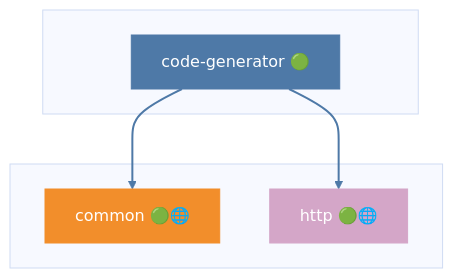
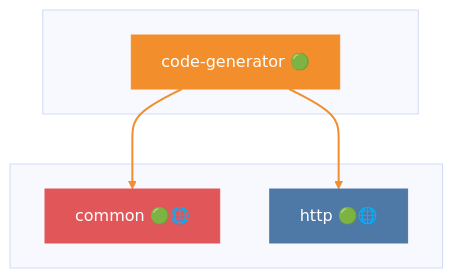
Before and after one commit to grest-ts/grest-ts: the third of 42 diagrams in docs/DEPENDENCIES.md, drawn with Mermaid (base theme). The commit also changed other lines of this file and 11 other files, not shown here.

````diff
--- a/docs/DEPENDENCIES.md
+++ b/docs/DEPENDENCIES.md
@@ -359,17 +413,17 @@
 ```mermaid
 flowchart TB
     subgraph Package[" "]
         code-generator["code-generator 🟢"]
     end
     subgraph Dependencies[" "]
         common["common 🟢🌐"]
         http["http 🟢🌐"]
     end
     code-generator --> common
     code-generator --> http
-    style code-generator fill:#4E79A7,stroke:#4E79A7,color:#fff
-    style common fill:#F28E2B,stroke:#F28E2B,color:#fff
-    style http fill:#D4A6C8,stroke:#D4A6C8,color:#fff
-    linkStyle 0 stroke:#4E79A7,stroke-width:2px
-    linkStyle 1 stroke:#4E79A7,stroke-width:2px
+    style code-generator fill:#F28E2B,stroke:#F28E2B,color:#fff
+    style common fill:#E15759,stroke:#E15759,color:#fff
+    style http fill:#4E79A7,stroke:#4E79A7,color:#fff
+    linkStyle 0 stroke:#F28E2B,stroke-width:2px
+    linkStyle 1 stroke:#F28E2B,stroke-width:2px
 ```
````
